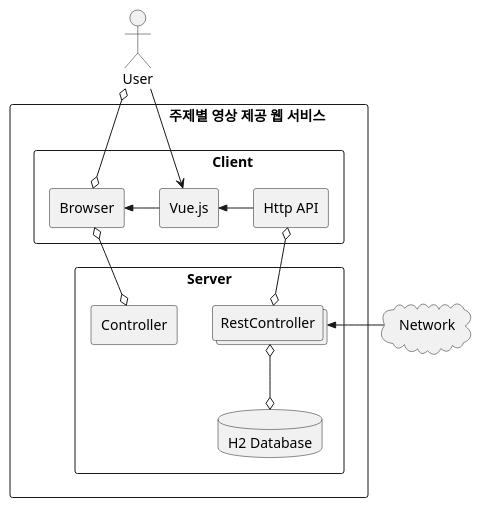
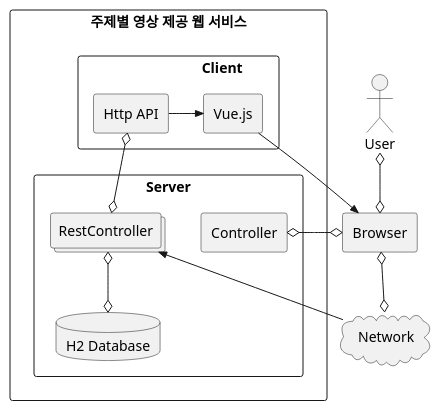
Before and after one commit to JunilHwang/zum_pilot: the first of 4 diagrams in docs/Architecture.md, drawn with PlantUML. The commit also changed other lines of this file, not shown here.

```diff
--- a/docs/Architecture.md
+++ b/docs/Architecture.md
@@ -9,26 +9,26 @@
 @startuml
 :User:
-rectangle "\t\t\t\t주제별 영상 제공 웹 서비스" as Service {
+agent Browser
+rectangle "주제별 영상 제공 웹 서비스" as Service {
   rectangle "\t\t\tClient" as client {
-    agent Browser
     agent "Vue.js" as vue
     agent "Http API" as clientApi
   }
   rectangle Server {
     agent Controller
     collections RestController
     database "H2 Database" as h2
   }
 }
 
 cloud Network
 
 User o--o Browser
-User --> vue 
 Browser o--o Controller
-Browser <<- vue
+Browser o--o Network
+vue -->> Browser 
 vue <<- clientApi
 clientApi o--o RestController
 RestController o--o h2
-RestController <<- Network
+RestController <<-- Network
 @enduml
```
